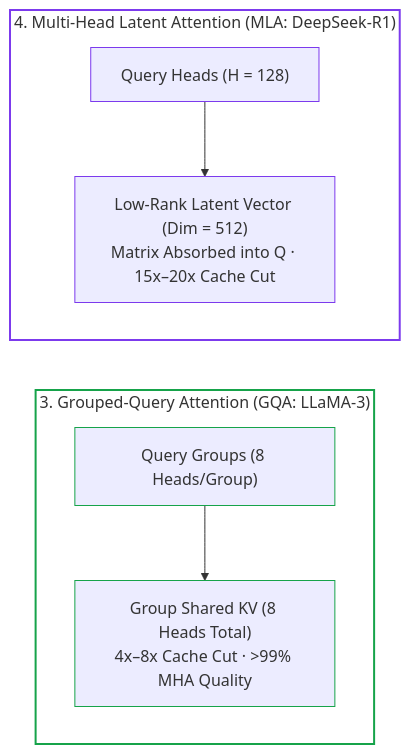
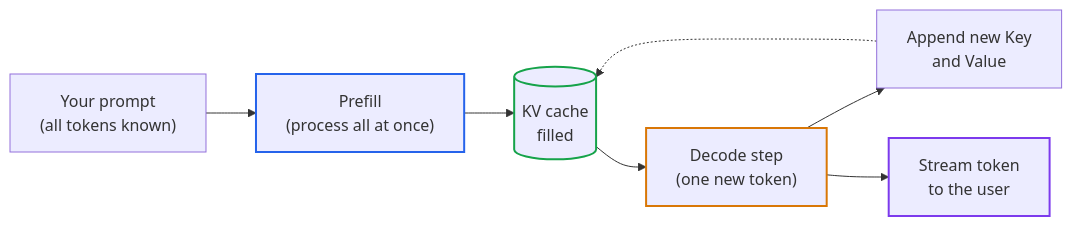
One commit to dip4k/senior-engineer-to-ai-engineer-roadmap changed the first of 2 diagrams in 00-foundations-and-token-mechanics/03-kv-cache-vram-and-bandwidth-physics.md. Above: the diagram before and after it, drawn with Mermaid. The commit also changed other lines of this file and 49 other files, not shown here.

````diff
--- a/00-foundations-and-token-mechanics/03-kv-cache-vram-and-bandwidth-physics.md
+++ b/00-foundations-and-token-mechanics/03-kv-cache-vram-and-bandwidth-physics.md
@@ -182,17 +53,14 @@
 ```mermaid
 flowchart LR
-    subgraph GQA["3. Grouped-Query Attention (GQA: LLaMA-3)"]
-        GQA_Q["Query Groups (8 Heads/Group)"] --> GQA_KV["Group Shared KV (8 Heads Total)<br>4x–8x Cache Cut · >99% MHA Quality"]
-    end
+    P["Your prompt<br>(all tokens known)"] --> F["Prefill<br>(process all at once)"]
+    F --> C[("KV cache<br>filled")]
+    C --> D["Decode step<br>(one new token)"]
+    D --> A["Append new Key<br>and Value"]
+    A -.-> C
+    D --> O["Stream token<br>to the user"]
 
-    subgraph MLA["4. Multi-Head Latent Attention (MLA: DeepSeek-R1)"]
-        MLA_Q["Query Heads (H = 128)"] --> MLA_LAT["Low-Rank Latent Vector (Dim = 512)<br>Matrix Absorbed into Q · 15x–20x Cache Cut"]
-    end
-
-    style GQA fill:none,stroke:#16a34a,stroke-width:2px
-    style MLA fill:none,stroke:#7c3aed,stroke-width:2px
-    style GQA_Q stroke:#16a34a,stroke-width:1px
-    style GQA_KV stroke:#16a34a,stroke-width:1px
-    style MLA_Q stroke:#7c3aed,stroke-width:1px
-    style MLA_LAT stroke:#7c3aed,stroke-width:1px
+    style F stroke:#2563eb,stroke-width:2px
+    style D stroke:#d97706,stroke-width:2px
+    style C stroke:#16a34a,stroke-width:2px
+    style O stroke:#7c3aed,stroke-width:2px
 ```
````
